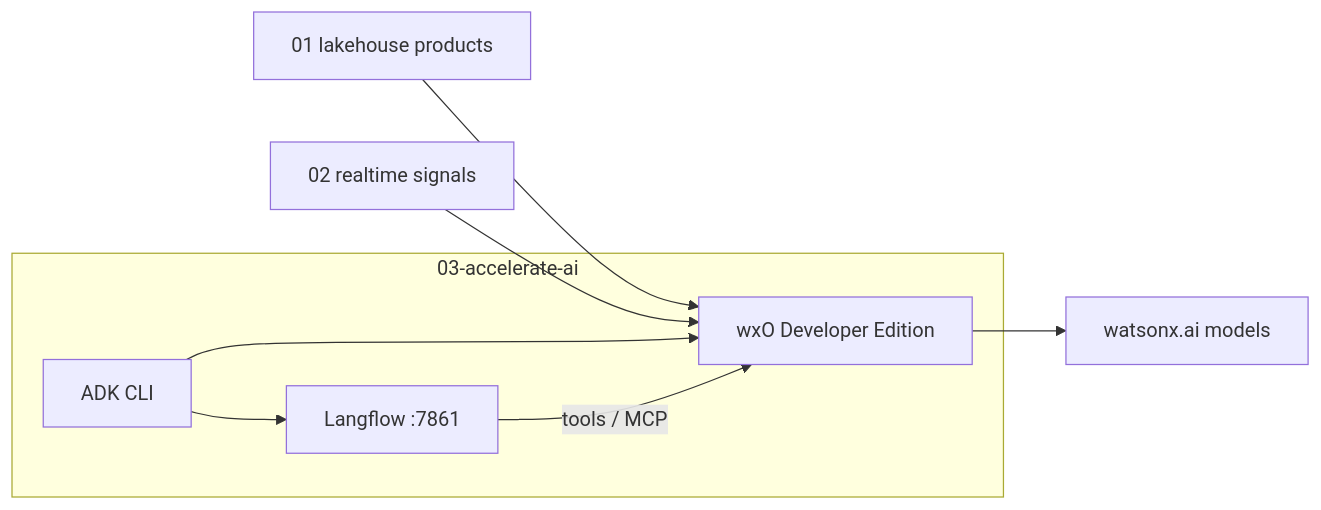
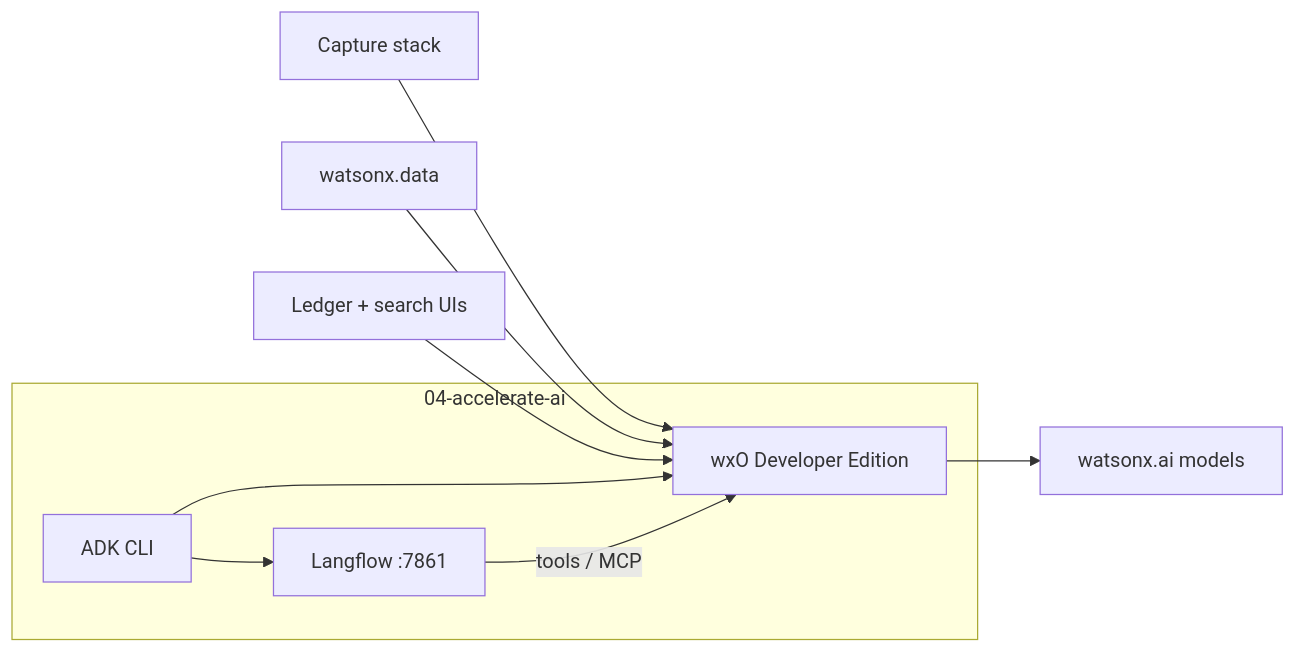
Before and after one commit to michelderu/wxd-globalparcel-demo: the second of 3 diagrams in 04-accelerate-ai/README.md, drawn with Mermaid. The commit also changed other lines of this file and 84 other files, not shown here.

````diff
--- a/04-accelerate-ai/README.md
+++ b/04-accelerate-ai/README.md
@@ -318,15 +318,16 @@
 ```mermaid
 flowchart LR
-    subgraph S03["03-accelerate-ai"]
+    subgraph S04["04-accelerate-ai"]
         ADK["ADK CLI"]
         LF["Langflow :7861"]
         WXO["wxO Developer Edition"]
     end
 
-    S01["01 lakehouse products"] --> WXO
-    S02["02 realtime signals"] --> WXO
+    Capture["Capture stack"] --> WXO
+    Query["watsonx.data"] --> WXO
+    Operate["Ledger + search UIs"] --> WXO
     ADK --> WXO
     ADK --> LF
     LF -->|tools / MCP| WXO
     WXO --> WXA["watsonx.ai models"]
 ```
````
